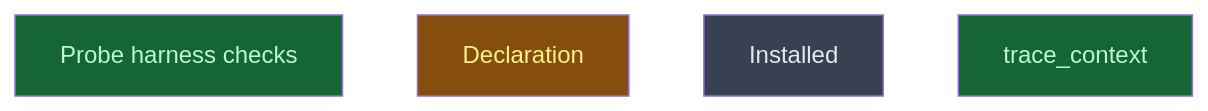
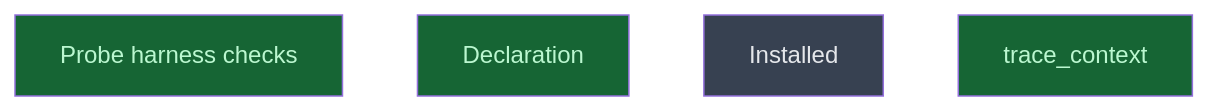
The diagram in __roadmap__/m6_5-agent-config/README.md (CrackingShells/Candler), drawn with Mermaid before and after one commit. The commit also changed other lines of this file and 1 other file, not shown here.

Commit message:
rdm(api): mark the M6.5 declaration done

````diff
--- a/__roadmap__/m6_5-agent-config/README.md
+++ b/__roadmap__/m6_5-agent-config/README.md
@@ -21,12 +21,12 @@
 ```mermaid
 graph TD
     probe_harness_checks[Probe harness checks]:::done
-    declaration[Declaration]:::inprogress
+    declaration[Declaration]:::done
     installed[Installed]:::planned
     trace_context[trace_context]:::done
     classDef done       fill:#166534,color:#bbf7d0
     classDef inprogress fill:#854d0e,color:#fef08a
     classDef planned    fill:#374151,color:#e5e7eb
     classDef amendment  fill:#1e3a5f,color:#bfdbfe
     classDef blocked    fill:#7f1d1d,color:#fecaca
 ```
````
